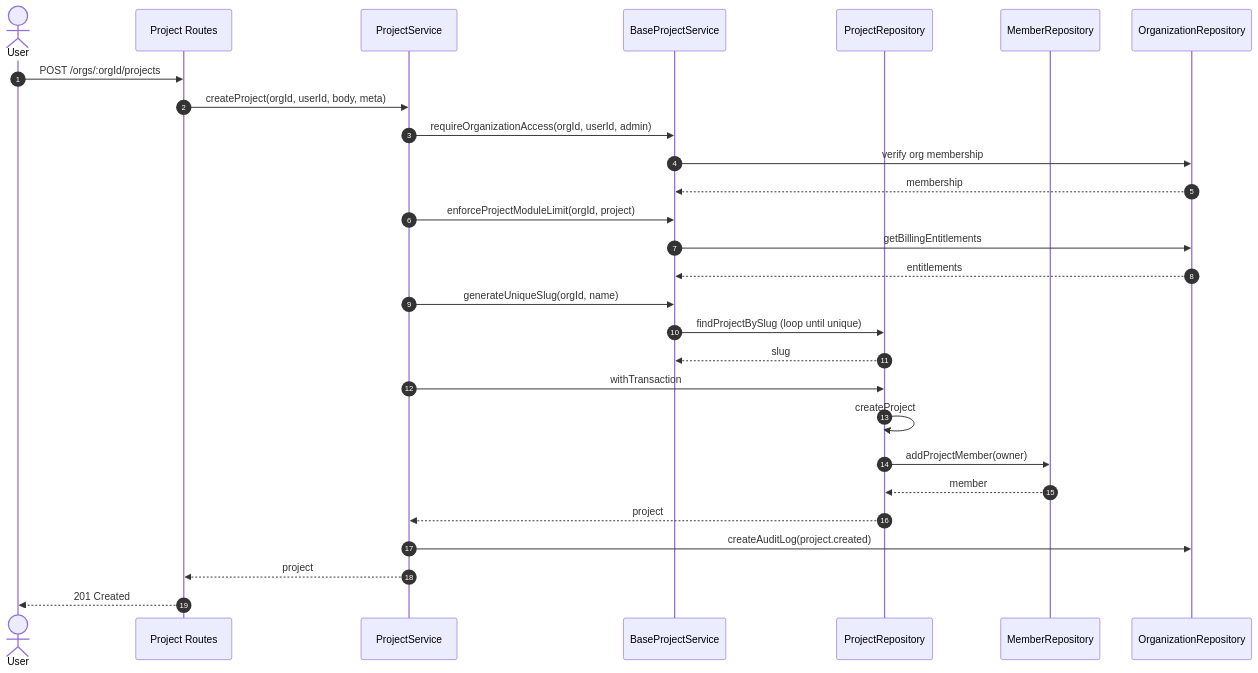
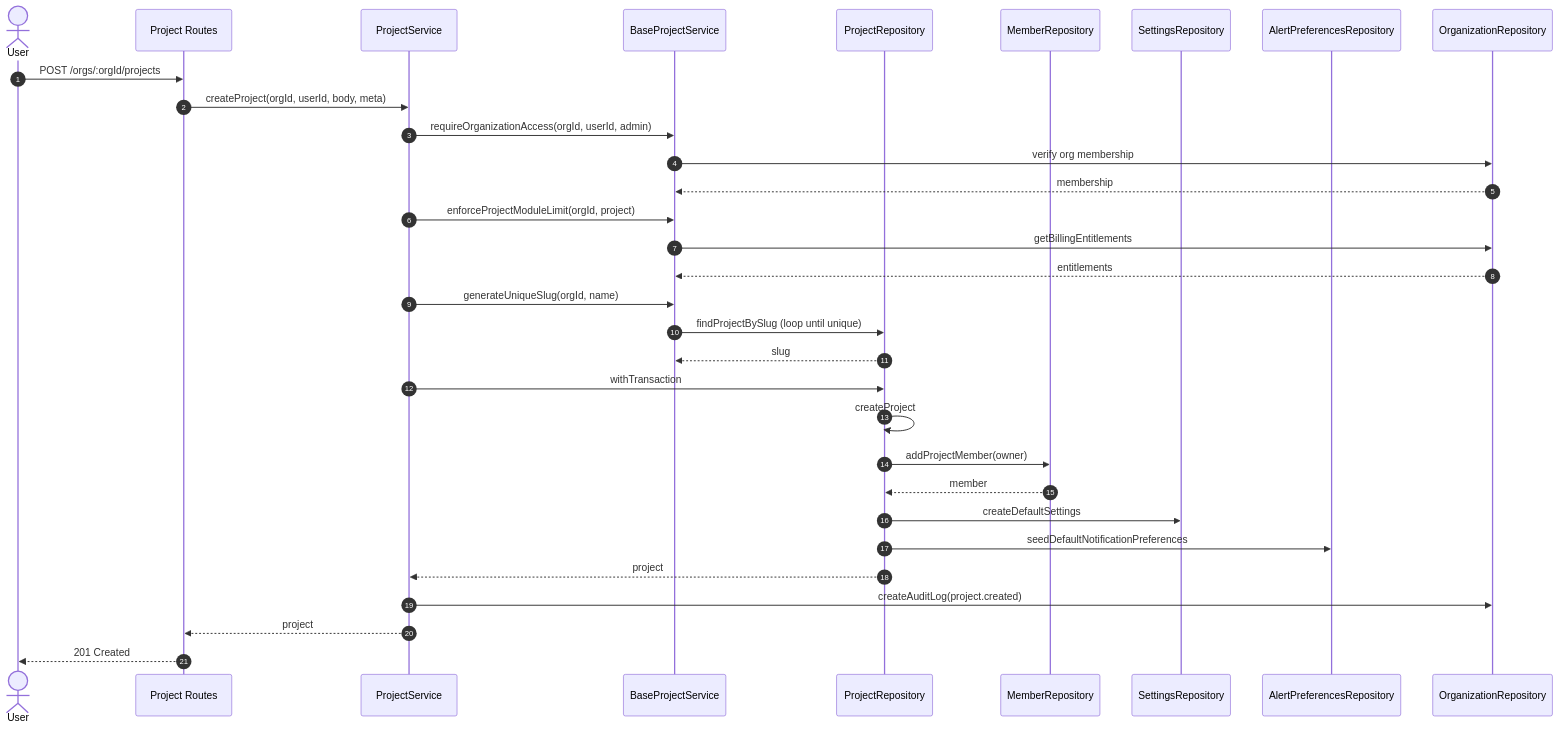
The second of 6 diagrams in docs/project-module-enterprise-refactor.md (APILogix/pulse), drawn with Mermaid before and after one commit. The commit also changed other lines of this file and 8 other files, not shown here.

````diff
--- a/docs/project-module-enterprise-refactor.md
+++ b/docs/project-module-enterprise-refactor.md
@@ -227,31 +227,35 @@
 ```mermaid
 sequenceDiagram
     autonumber
     actor U as User
     participant R as Project Routes
     participant S as ProjectService
     participant B as BaseProjectService
     participant PR as ProjectRepository
     participant MR as MemberRepository
+    participant SR as SettingsRepository
+    participant AR as AlertPreferencesRepository
     participant OR as OrganizationRepository
 
     U->>R: POST /orgs/:orgId/projects
     R->>S: createProject(orgId, userId, body, meta)
     S->>B: requireOrganizationAccess(orgId, userId, admin)
     B->>OR: verify org membership
     OR-->>B: membership
     S->>B: enforceProjectModuleLimit(orgId, project)
     B->>OR: getBillingEntitlements
     OR-->>B: entitlements
     S->>B: generateUniqueSlug(orgId, name)
     B->>PR: findProjectBySlug (loop until unique)
     PR-->>B: slug
     S->>PR: withTransaction
     PR->>PR: createProject
     PR->>MR: addProjectMember(owner)
     MR-->>PR: member
+    PR->>SR: createDefaultSettings
+    PR->>AR: seedDefaultNotificationPreferences
     PR-->>S: project
     S->>OR: createAuditLog(project.created)
     S-->>R: project
     R-->>U: 201 Created
 ```
````
